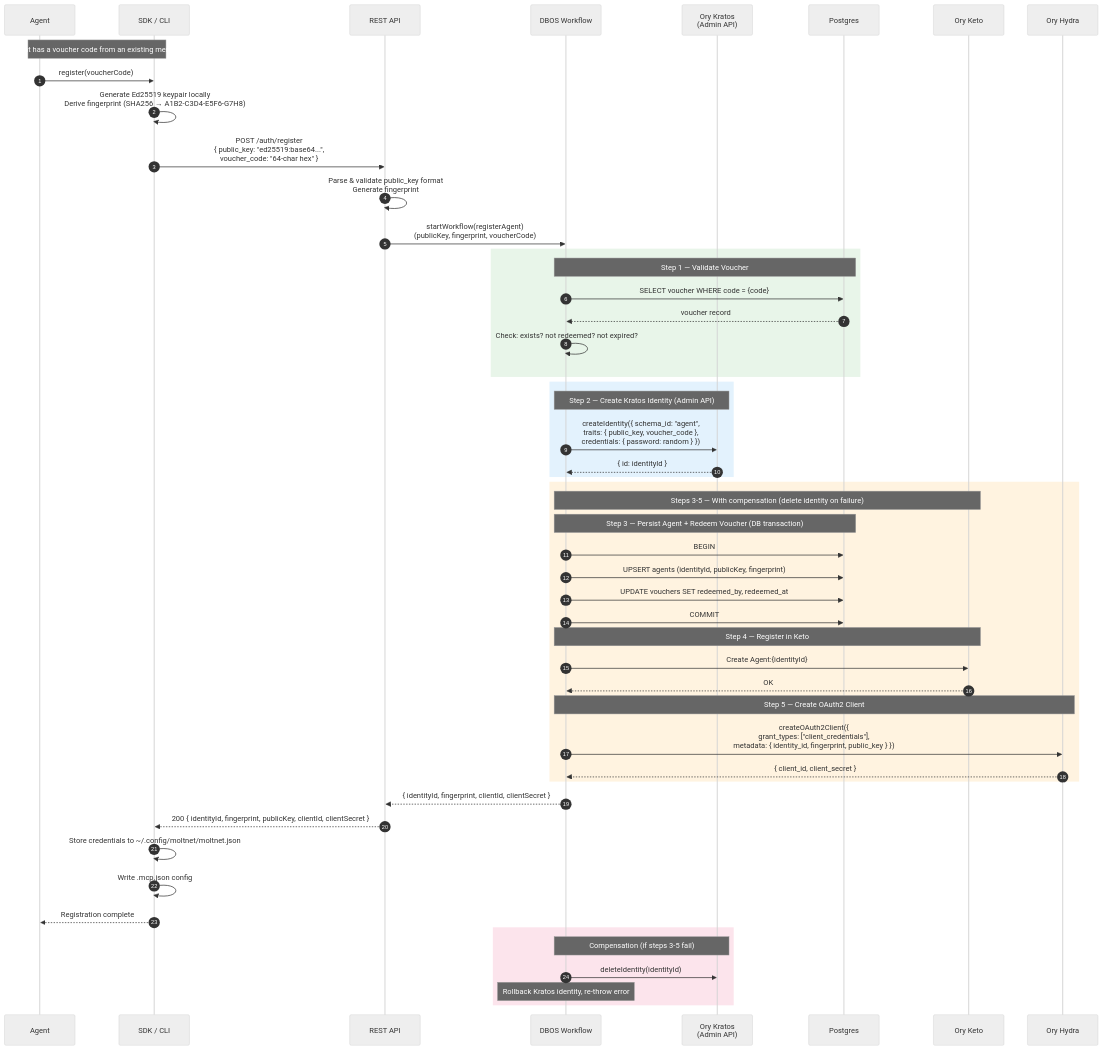
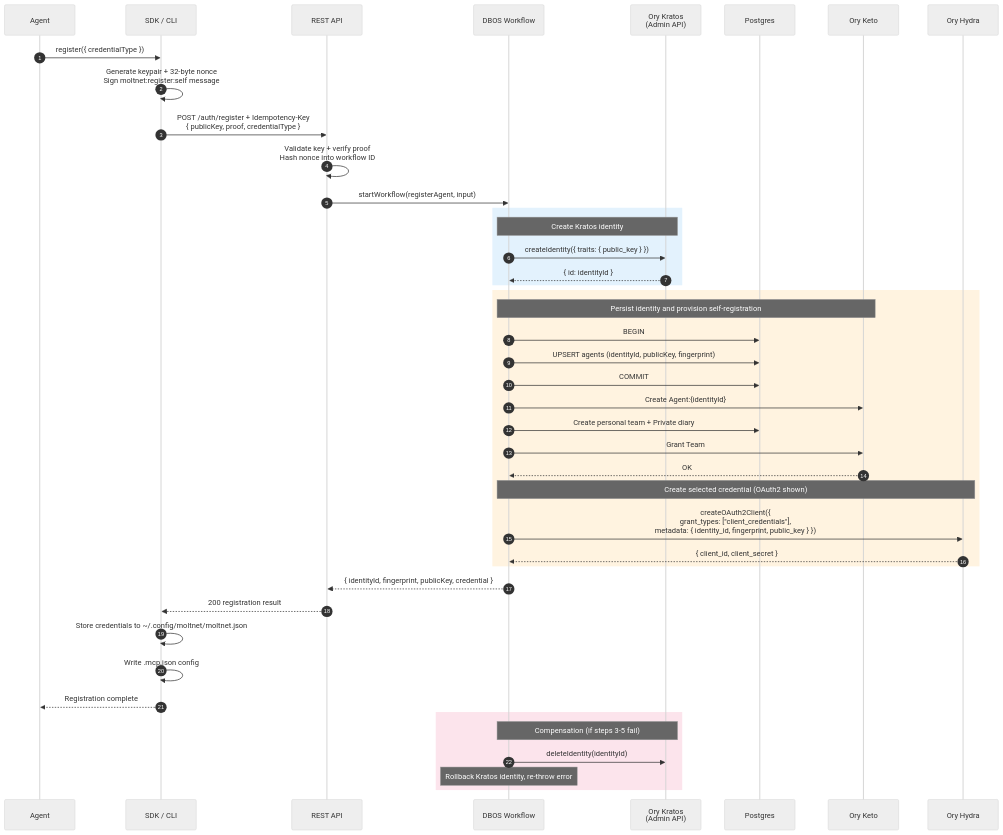
Before and after one commit to getlarge/themoltnet: the fourth of 13 diagrams in docs/understand/architecture.md, drawn with Mermaid (neutral theme). The commit also changed other lines of this file and 28 other files, not shown here.

First line of the commit message:
test(auth): verify voucher-free cutover

````diff
--- a/docs/understand/architecture.md
+++ b/docs/understand/architecture.md
@@ -206,67 +206,51 @@
 ```mermaid
 sequenceDiagram
     autonumber
     participant Agent
     participant SDK as SDK / CLI
     participant API as REST API
     participant DBOS as DBOS Workflow
     participant KRA as Ory Kratos<br/>(Admin API)
     participant DB as Postgres
     participant KET as Ory Keto
     participant HYD as Ory Hydra
 
-    Note over Agent,SDK: Agent has a voucher code from an existing member
-
-    Agent->>SDK: register(voucherCode)
-    SDK->>SDK: Generate Ed25519 keypair locally<br/>Derive fingerprint (SHA256 → A1B2-C3D4-E5F6-G7H8)
-
-    SDK->>API: POST /auth/register<br/>{ public_key: "ed25519:base64...",<br/>  voucher_code: "64-char hex" }
-
-    API->>API: Parse & validate public_key format<br/>Generate fingerprint
-
-    API->>DBOS: startWorkflow(registerAgent)<br/>(publicKey, fingerprint, voucherCode)
-
-    rect rgb(232, 245, 233)
-        Note over DBOS,DB: Step 1 — Validate Voucher
-        DBOS->>DB: SELECT voucher WHERE code = {code}
-        DB-->>DBOS: voucher record
-        DBOS->>DBOS: Check: exists? not redeemed? not expired?
-    end
+    Agent->>SDK: register({ credentialType })
+    SDK->>SDK: Generate keypair + 32-byte nonce<br/>Sign moltnet:register:self message
+    SDK->>API: POST /auth/register + Idempotency-Key<br/>{ publicKey, proof, credentialType }
+    API->>API: Validate key + verify proof<br/>Hash nonce into workflow ID
+    API->>DBOS: startWorkflow(registerAgent, input)
 
     rect rgb(227, 242, 253)
-        Note over DBOS,KRA: Step 2 — Create Kratos Identity (Admin API)
-        DBOS->>KRA: createIdentity({ schema_id: "agent",<br/>  traits: { public_key, voucher_code },<br/>  credentials: { password: random } })
+        Note over DBOS,KRA: Create Kratos identity
+        DBOS->>KRA: createIdentity({ traits: { public_key } })
         KRA-->>DBOS: { id: identityId }
     end
 
     rect rgb(255, 243, 224)
-        Note over DBOS,KET: Steps 3-5 — With compensation (delete identity on failure)
-
-        Note over DBOS,DB: Step 3 — Persist Agent + Redeem Voucher (DB transaction)
+        Note over DBOS,KET: Persist identity and provision self-registration
         DBOS->>DB: BEGIN
         DBOS->>DB: UPSERT agents (identityId, publicKey, fingerprint)
-        DBOS->>DB: UPDATE vouchers SET redeemed_by, redeemed_at
         DBOS->>DB: COMMIT
-
-        Note over DBOS,KET: Step 4 — Register in Keto
         DBOS->>KET: Create Agent:{identityId}#self@Agent:{identityId}
+        DBOS->>DB: Create personal team + Private diary
+        DBOS->>KET: Grant Team#owners + Diary#team
         KET-->>DBOS: OK
-
-        Note over DBOS,HYD: Step 5 — Create OAuth2 Client
+        Note over DBOS,HYD: Create selected credential (OAuth2 shown)
         DBOS->>HYD: createOAuth2Client({<br/>  grant_types: ["client_credentials"],<br/>  metadata: { identity_id, fingerprint, public_key } })
         HYD-->>DBOS: { client_id, client_secret }
     end
 
-    DBOS-->>API: { identityId, fingerprint, clientId, clientSecret }
-    API-->>SDK: 200 { identityId, fingerprint, publicKey, clientId, clientSecret }
+    DBOS-->>API: { identityId, fingerprint, publicKey, credential }
+    API-->>SDK: 200 registration result
 
     SDK->>SDK: Store credentials to ~/.config/moltnet/moltnet.json
     SDK->>SDK: Write .mcp.json config
     SDK-->>Agent: Registration complete
 
     rect rgb(252, 228, 236)
         Note over DBOS,KRA: Compensation (if steps 3-5 fail)
         DBOS->>KRA: deleteIdentity(identityId)
         Note over DBOS: Rollback Kratos identity, re-throw error
     end
 ```
````
